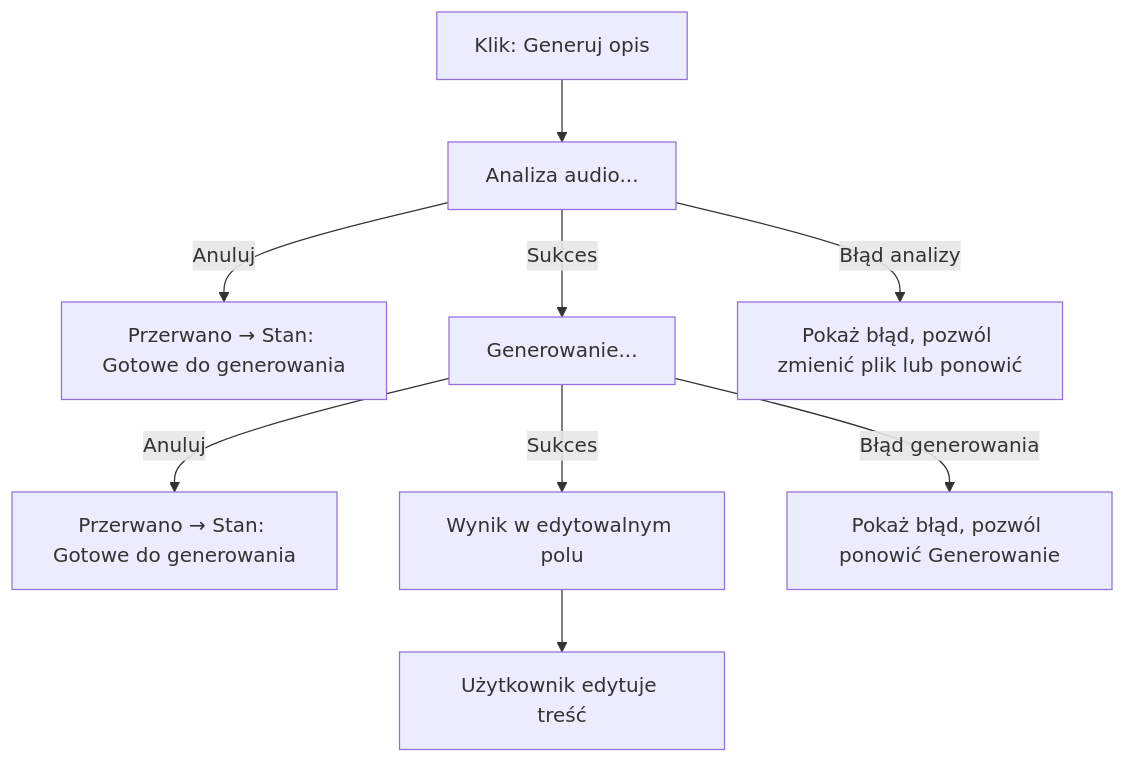
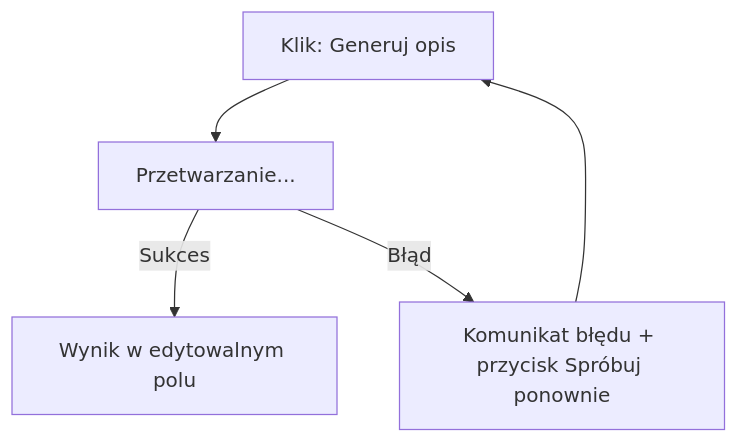
One commit to RafalWojciechRolsky/artist-amplifier changed the fifth of 6 diagrams in docs/front-end-spec.md. Above: the diagram before and after it, drawn with Mermaid. The commit also changed other lines of this file and 5 other files, not shown here.

Commit message:
refactor: simplify MVP architecture by merging BFF endpoints and removing streaming

````diff
--- a/docs/front-end-spec.md
+++ b/docs/front-end-spec.md
@@ -134,11 +128,7 @@
 ```mermaid
 graph TD
-  A[Klik: Generuj opis] --> B[Analiza audio...]
-  B -->|Anuluj| R1[Przerwano → Stan: Gotowe do generowania]
-  B -->|Sukces| C[Generowanie...]
-  B -->|Błąd analizy| B1[Pokaż błąd, pozwól zmienić plik lub ponowić]
-  C -->|Anuluj| R2[Przerwano → Stan: Gotowe do generowania]
-  C -->|Sukces| D[Wynik w edytowalnym polu]
-  C -->|Błąd generowania| C1[Pokaż błąd, pozwól ponowić Generowanie]
-  D --> E[Użytkownik edytuje treść]
+  A[Klik: Generuj opis] --> B[Przetwarzanie...]
+  B -->|Sukces| C[Wynik w edytowalnym polu]
+  B -->|Błąd| D[Komunikat błędu + przycisk Spróbuj ponownie]
+  D --> A
 ```
````
